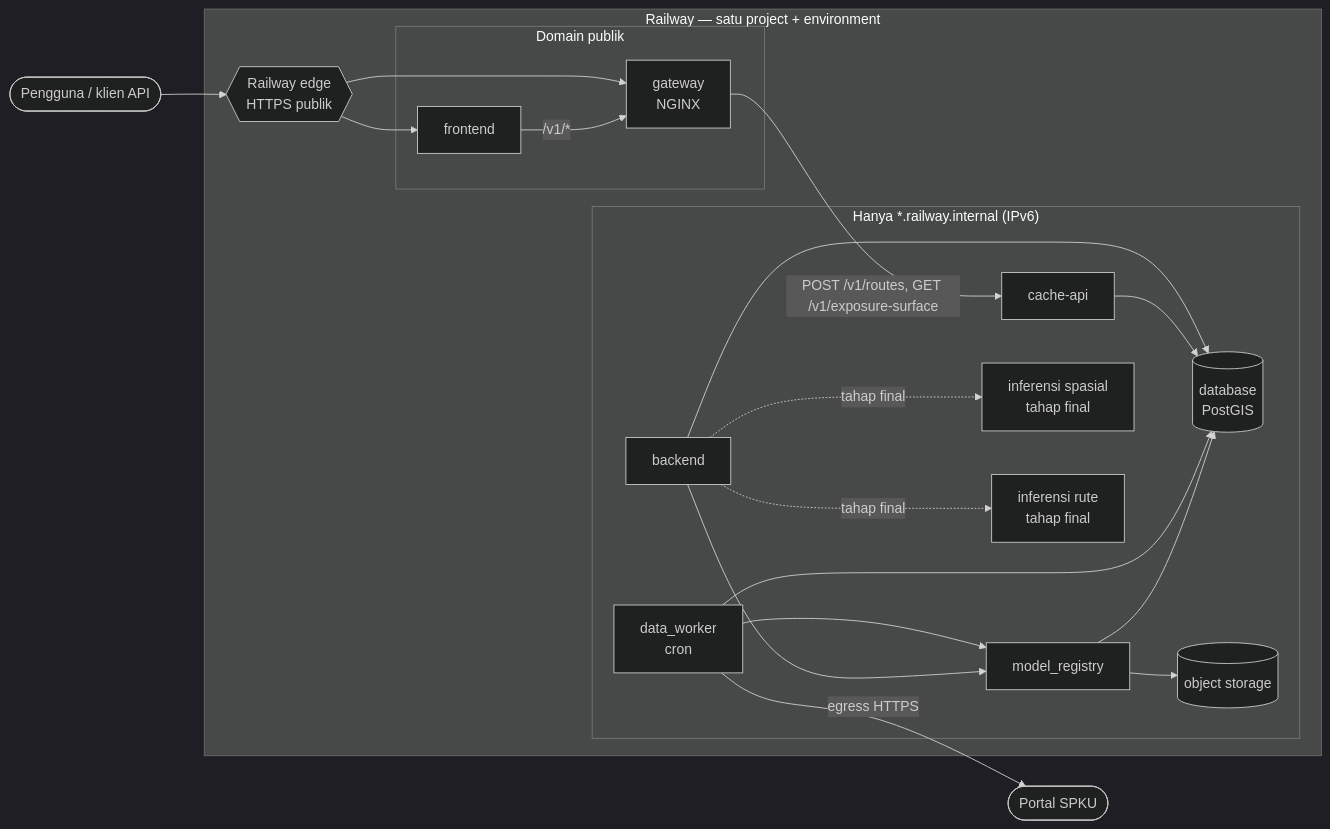
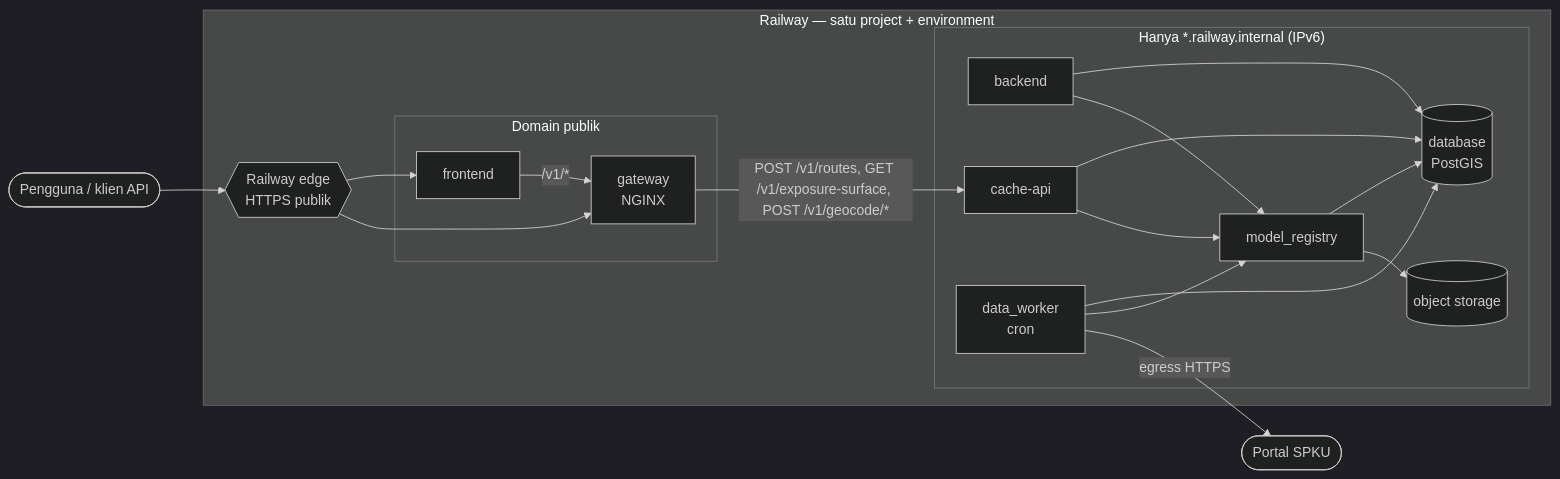
Before and after one commit to ppthimmel/SIPPolusi: the diagram in docs/devops/private-networking.md, drawn with Mermaid (dark theme). The commit also changed other lines of this file and 49 other files, not shown here.

````diff
--- a/docs/devops/private-networking.md
+++ b/docs/devops/private-networking.md
@@ -12,39 +12,36 @@
 ```mermaid
 flowchart LR
     user([Pengguna / klien API])
     spku([Portal SPKU])
 
     subgraph railway["Railway — satu project + environment"]
         edge{{Railway edge<br/>HTTPS publik}}
         subgraph public["Domain publik"]
             frontend[frontend]
             gateway[gateway<br/>NGINX]
         end
         subgraph private["Hanya *.railway.internal (IPv6)"]
             backend[backend]
             cache[cache-api]
             worker[data_worker<br/>cron]
             registry[model_registry]
             db[(database<br/>PostGIS)]
             bucket[(object storage)]
-            inf1[inferensi spasial<br/>tahap final]
-            inf2[inferensi rute<br/>tahap final]
         end
     end
 
     user --> edge
     edge --> frontend
     edge --> gateway
     frontend -- "/v1/*" --> gateway
-    gateway -- "POST /v1/routes, GET /v1/exposure-surface" --> cache
+    gateway -- "POST /v1/routes, GET /v1/exposure-surface, POST /v1/geocode/*" --> cache
     backend --> db
     cache --> db
     worker --> db
     worker --> registry
+    cache --> registry
     backend --> registry
     registry --> db
     registry --> bucket
-    backend -. tahap final .-> inf1
-    backend -. tahap final .-> inf2
     worker -- "egress HTTPS" --> spku
 ```
````
